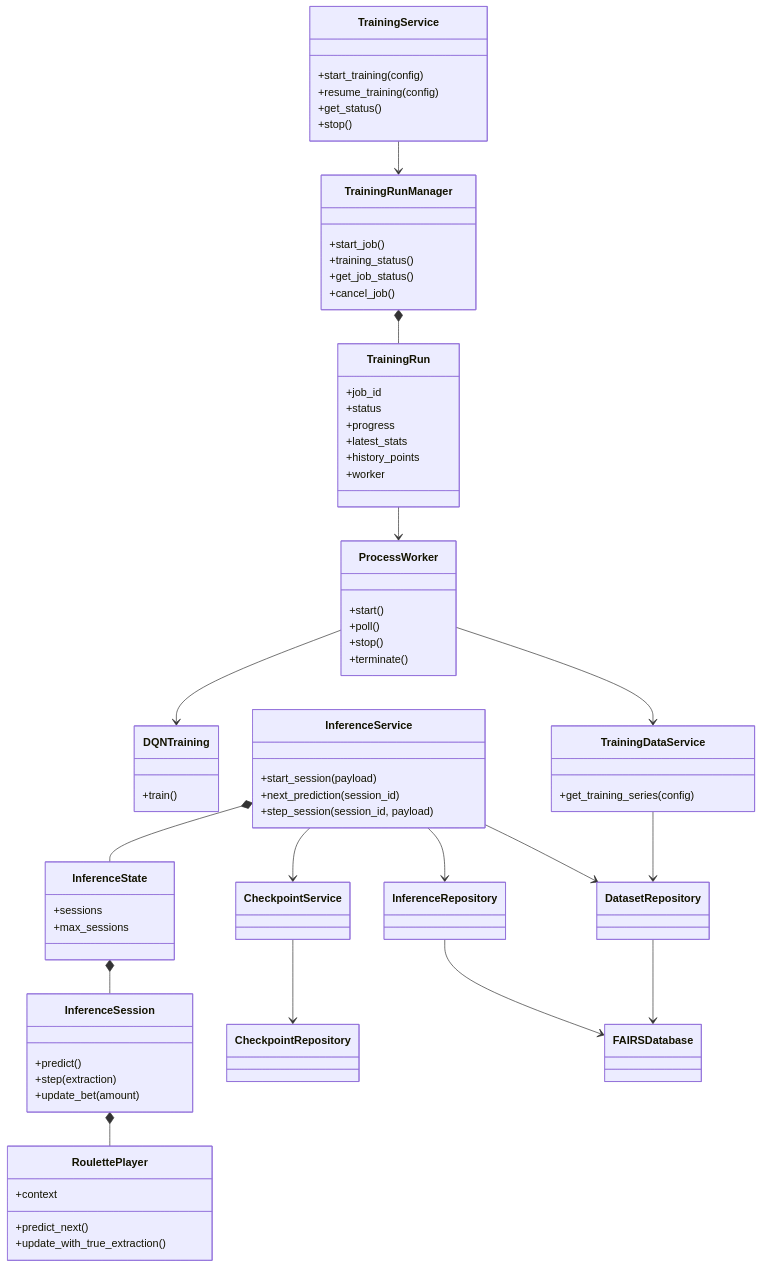
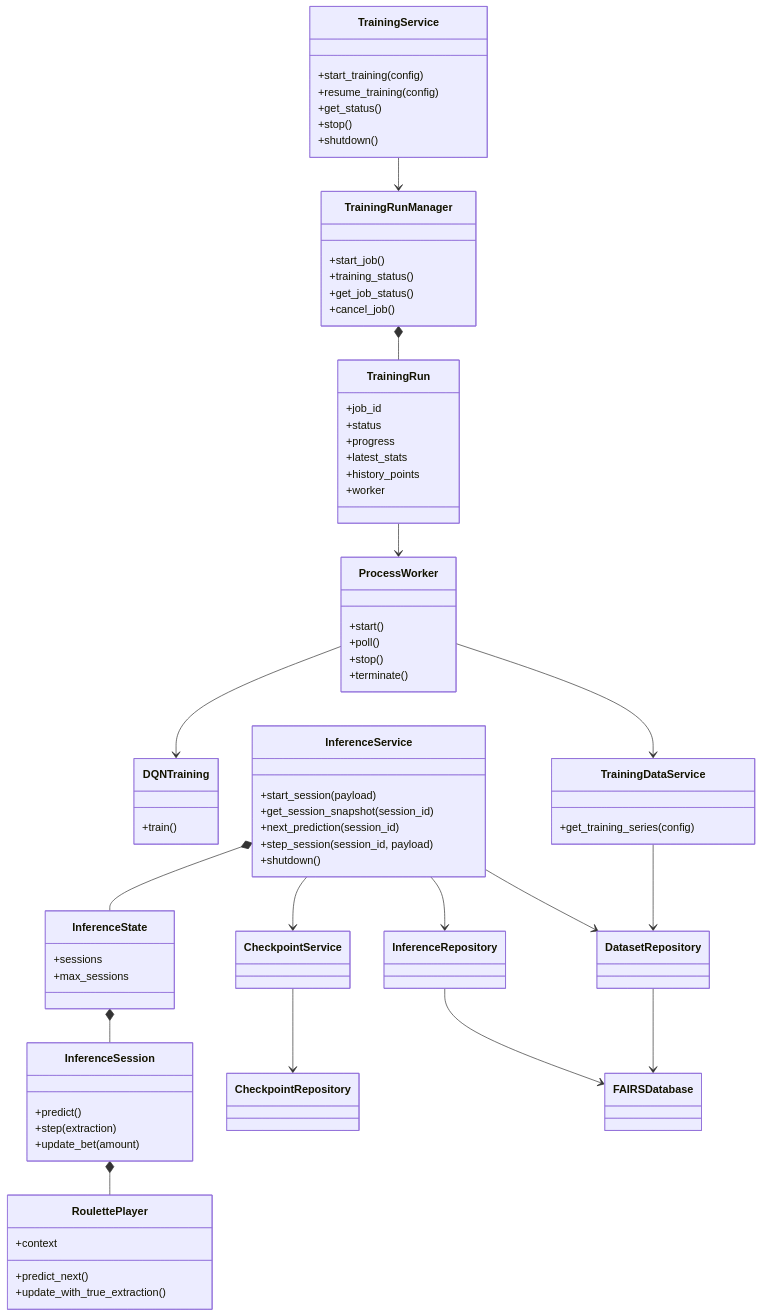
The fourth of 4 diagrams in assets/docs/architecture/execution_and_data_flow.md (CTCycle/FAIRS-Roulette-Player), drawn with Mermaid before and after one commit. The commit also changed other lines of this file and 60 other files, not shown here.

````diff
--- a/assets/docs/architecture/execution_and_data_flow.md
+++ b/assets/docs/architecture/execution_and_data_flow.md
@@ -161,75 +163,78 @@
 ```mermaid
 classDiagram
     class TrainingService {
         +start_training(config)
         +resume_training(config)
         +get_status()
         +stop()
+        +shutdown()
     }
     class TrainingRunManager {
         +start_job()
         +training_status()
         +get_job_status()
         +cancel_job()
     }
     class TrainingRun {
         +job_id
         +status
         +progress
         +latest_stats
         +history_points
         +worker
     }
     class ProcessWorker {
         +start()
         +poll()
         +stop()
         +terminate()
     }
     class DQNTraining {
         +train()
     }
     class TrainingDataService {
         +get_training_series(config)
     }
     class InferenceService {
         +start_session(payload)
+        +get_session_snapshot(session_id)
         +next_prediction(session_id)
         +step_session(session_id, payload)
+        +shutdown()
     }
     class InferenceState {
         +sessions
         +max_sessions
     }
     class InferenceSession {
         +predict()
         +step(extraction)
         +update_bet(amount)
     }
     class RoulettePlayer {
         +context
         +predict_next()
         +update_with_true_extraction()
     }
     class CheckpointService
     class CheckpointRepository
     class DatasetRepository
     class InferenceRepository
     class FAIRSDatabase
 
     TrainingService --> TrainingRunManager
     TrainingRunManager *-- TrainingRun
     TrainingRun --> ProcessWorker
     ProcessWorker --> DQNTraining
     ProcessWorker --> TrainingDataService
     TrainingDataService --> DatasetRepository
     InferenceService *-- InferenceState
     InferenceState *-- InferenceSession
     InferenceSession *-- RoulettePlayer
     InferenceService --> CheckpointService
     InferenceService --> DatasetRepository
     InferenceService --> InferenceRepository
     CheckpointService --> CheckpointRepository
     DatasetRepository --> FAIRSDatabase
     InferenceRepository --> FAIRSDatabase
 ```
````
